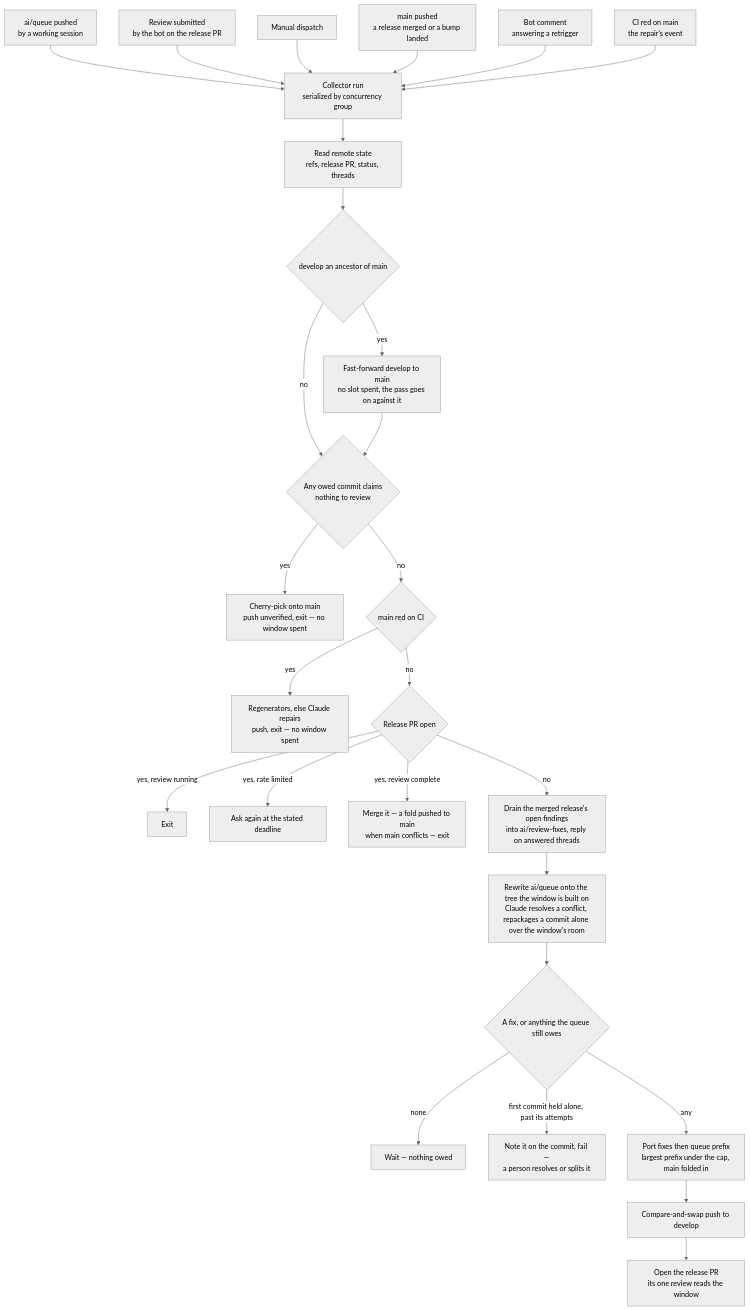
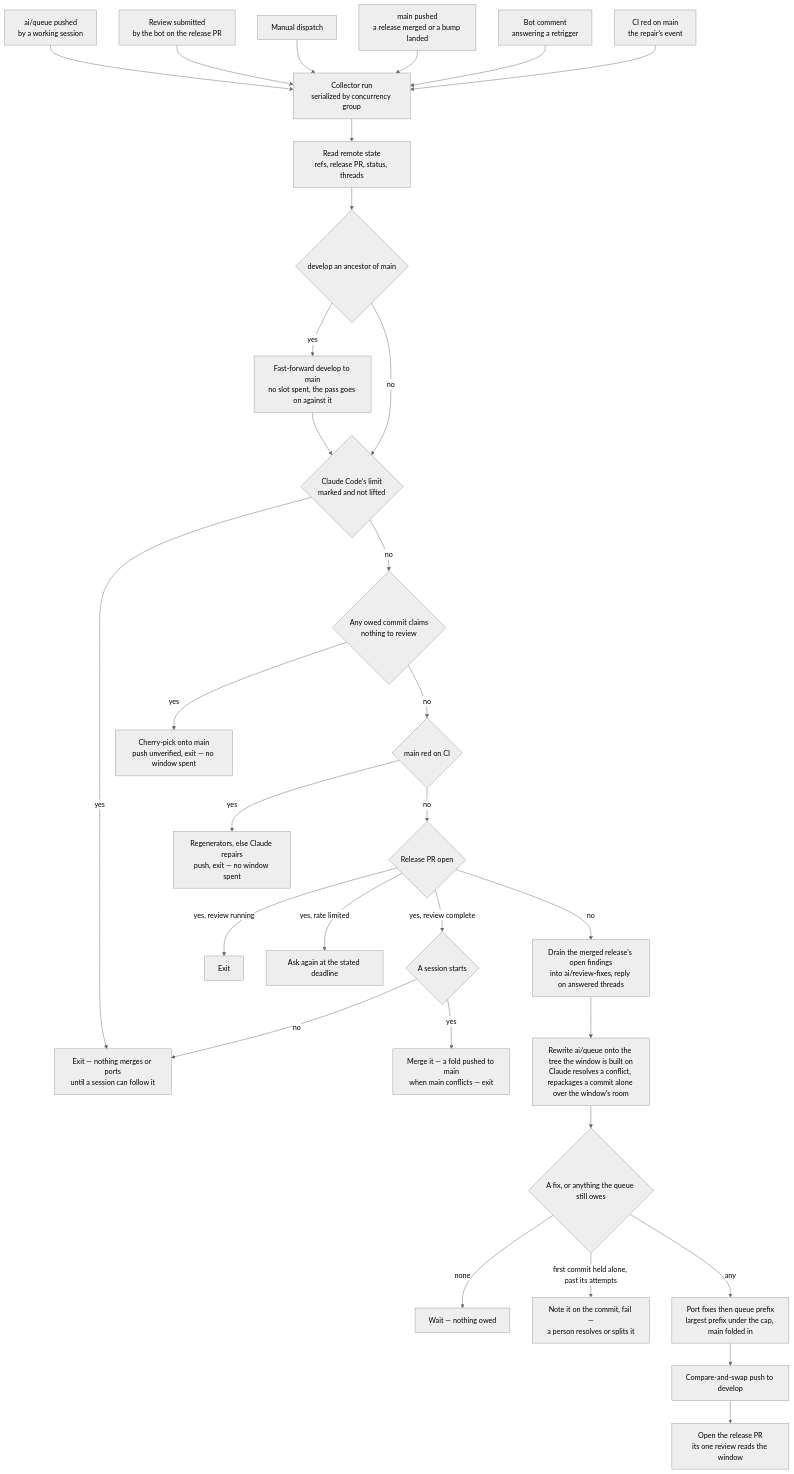
Before and after one commit to Esposter/Esposter: the diagram in apps/web/content/docs/infra/review-collector/index.md, drawn with Mermaid (neutral theme). The commit also changed 20 other files, not shown here.

First line of the commit message:
fix(scripts): the collector holds the merge and the port while Claude Code is out of session

````diff
--- a/apps/web/content/docs/infra/review-collector/index.md
+++ b/apps/web/content/docs/infra/review-collector/index.md
@@ -37,29 +37,33 @@
 ```mermaid
 flowchart TD
   A[ai/queue pushed<br/>by a working session] --> C
   F[Review submitted<br/>by the bot on the release PR] --> C
   D[Manual dispatch] --> C
   MN[main pushed<br/>a release merged or a bump landed] --> C
   CM[Bot comment<br/>answering a retrigger] --> C
   CI[CI red on main<br/>the repair's event] --> C
   C[Collector run<br/>serialized by concurrency group] --> R[Read remote state<br/>refs, release PR, status, threads]
   R --> RS{develop an ancestor of main}
   RS -->|yes| FF[Fast-forward develop to main<br/>no slot spent, the pass goes on against it]
-  RS -->|no| E
-  FF --> E{Any owed commit claims<br/>nothing to review}
+  RS -->|no| LM
+  FF --> LM{Claude Code's limit<br/>marked and not lifted}
+  LM -->|yes| LX[Exit — nothing merges or ports<br/>until a session can follow it]
+  LM -->|no| E{Any owed commit claims<br/>nothing to review}
   E -->|yes| EP[Cherry-pick onto main<br/>push unverified, exit — no window spent]
   E -->|no| MR{main red on CI}
   MR -->|yes| RG[Regenerators, else Claude repairs<br/>push, exit — no window spent]
   MR -->|no| PR{Release PR open}
   PR -->|yes, review running| X[Exit]
   PR -->|yes, rate limited| AK[Ask again at the stated deadline]
-  PR -->|yes, review complete| MG[Merge it — a fold pushed to main<br/>when main conflicts — exit]
+  PR -->|yes, review complete| PB{A session starts}
+  PB -->|no| LX
+  PB -->|yes| MG[Merge it — a fold pushed to main<br/>when main conflicts — exit]
   PR -->|no| DR[Drain the merged release's open findings<br/>into ai/review-fixes, reply on answered threads]
   DR --> SY[Rewrite ai/queue onto the tree the window is built on<br/>Claude resolves a conflict, repackages a commit alone over the window's room]
   SY --> P{A fix, or anything the queue still owes}
   P -->|none| PK[Wait — nothing owed]
   P -->|first commit held alone, past its attempts| FL[Note it on the commit, fail —<br/>a person resolves or splits it]
   P -->|any| W[Port fixes then queue prefix<br/>largest prefix under the cap, main folded in]
   W --> PU[Compare-and-swap push to develop]
   PU --> OP[Open the release PR<br/>its one review reads the window]
 ```
````
